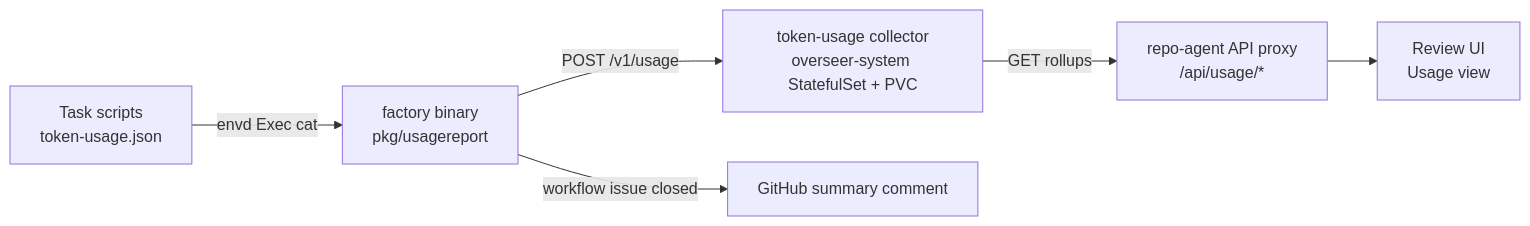
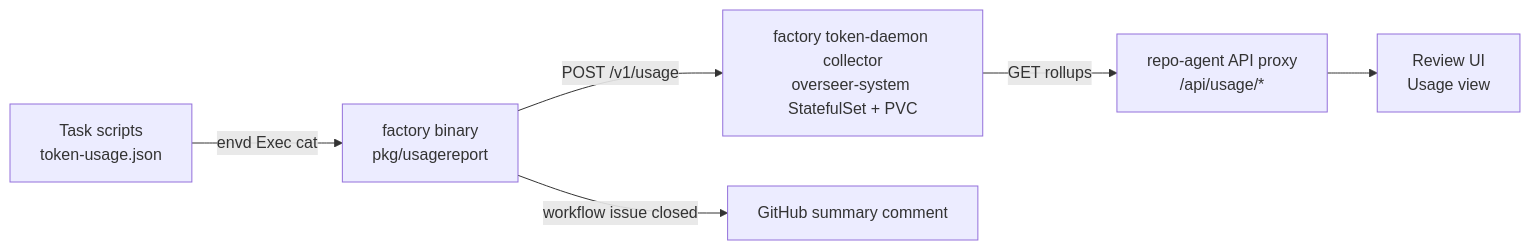
The diagram in factory/design/token-usage-collection.md (gke-labs/gemini-for-kubernetes-development), drawn with Mermaid before and after one commit. The commit also changed other lines of this file and 12 other files, not shown here.

First line of the commit message:
refactor: move token-usage collector into factory as hidden token-daemon command

````diff
--- a/factory/design/token-usage-collection.md
+++ b/factory/design/token-usage-collection.md
@@ -21,8 +21,8 @@
 ```mermaid
 graph LR
     A[Task scripts<br/>token-usage.json] -->|envd Exec cat| B[factory binary<br/>pkg/usagereport]
-    B -->|POST /v1/usage| C[token-usage collector<br/>overseer-system StatefulSet + PVC]
+    B -->|POST /v1/usage| C[factory token-daemon collector<br/>overseer-system StatefulSet + PVC]
     C -->|GET rollups| D[repo-agent API proxy<br/>/api/usage/*]
     D --> E[Review UI<br/>Usage view]
     B -->|workflow issue closed| F[GitHub summary comment]
 ```
````
